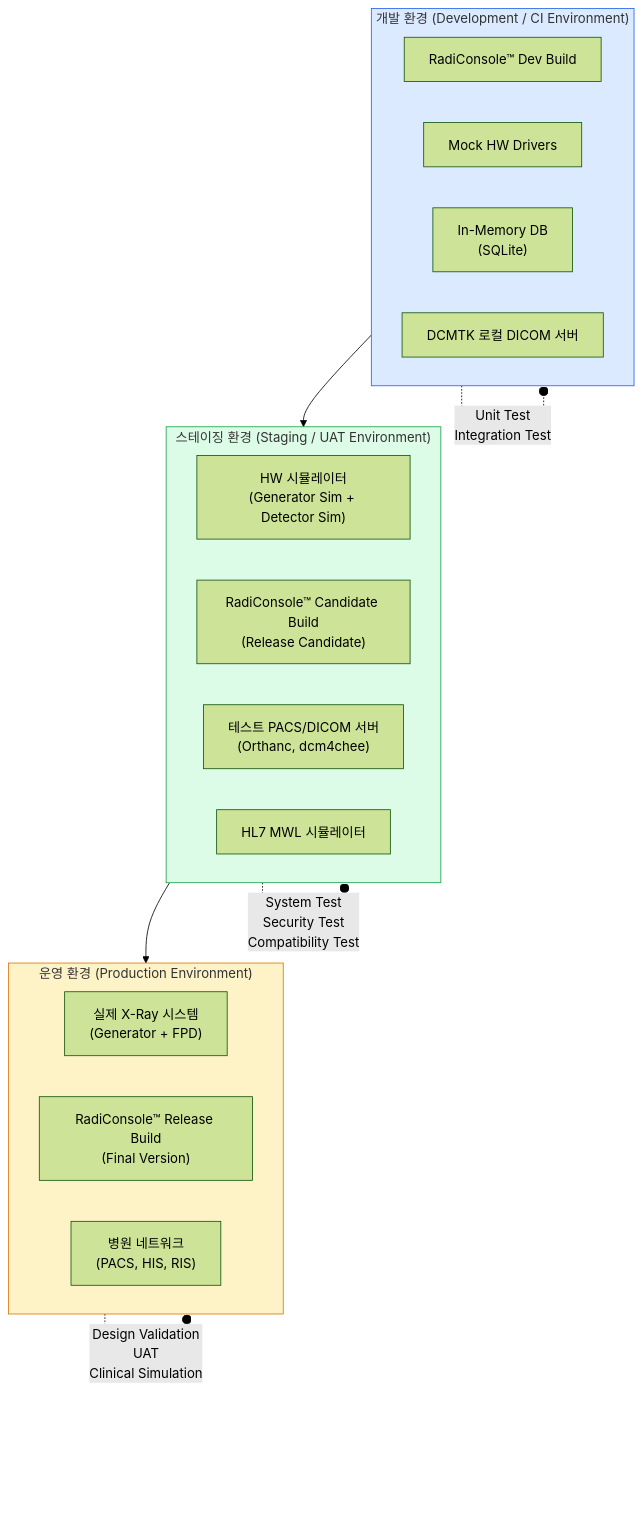
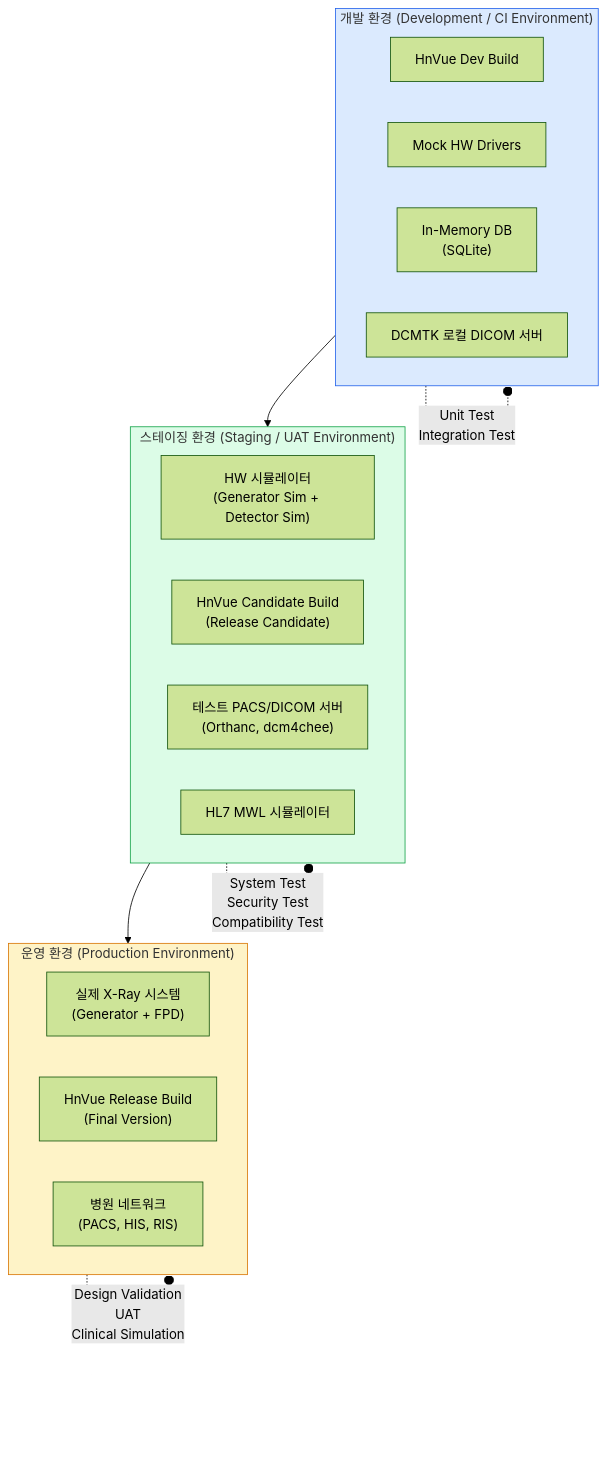
Before and after one commit to holee9/console-gui: the eighth of 11 diagrams in docs/verification/DOC-011_VV_Master_Plan_v1.0.md, drawn with Mermaid (forest theme). The commit also changed other lines of this file and 40 other files, not shown here.

````diff
--- a/docs/verification/DOC-011_VV_Master_Plan_v1.0.md
+++ b/docs/verification/DOC-011_VV_Master_Plan_v1.0.md
@@ -636,33 +636,33 @@
 ```mermaid
 flowchart TB
     subgraph PROD["운영 환경 (Production Environment)"]
         PROD_HW["실제 X-Ray 시스템\n(Generator + FPD)"]
-        PROD_SW["RadiConsole™ Release Build\n(Final Version)"]
+        PROD_SW["HnVue Release Build\n(Final Version)"]
         PROD_NET["병원 네트워크\n(PACS, HIS, RIS)"]
     end
 
     subgraph STAGE["스테이징 환경 (Staging / UAT Environment)"]
         STAGE_HW["HW 시뮬레이터\n(Generator Sim + Detector Sim)"]
-        STAGE_SW["RadiConsole™ Candidate Build\n(Release Candidate)"]
+        STAGE_SW["HnVue Candidate Build\n(Release Candidate)"]
         STAGE_NET["테스트 PACS/DICOM 서버\n(Orthanc, dcm4chee)"]
         STAGE_MWL["HL7 MWL 시뮬레이터"]
     end
 
     subgraph DEV["개발 환경 (Development / CI Environment)"]
-        DEV_SW["RadiConsole™ Dev Build"]
+        DEV_SW["HnVue Dev Build"]
         DEV_MOCK["Mock HW Drivers"]
         DEV_DB["In-Memory DB\n(SQLite)"]
         DEV_DICOM["DCMTK 로컬 DICOM 서버"]
     end
 
     DEV --> STAGE
     STAGE --> PROD
 
     DEV -. "Unit Test\nIntegration Test" .-o DEV
     STAGE -. "System Test\nSecurity Test\nCompatibility Test" .-o STAGE
     PROD -. "Design Validation\nUAT\nClinical Simulation" .-o PROD
 
     style DEV fill:#dbeafe,stroke:#2563eb
     style STAGE fill:#dcfce7,stroke:#16a34a
     style PROD fill:#fef3c7,stroke:#d97706
 ```
````
